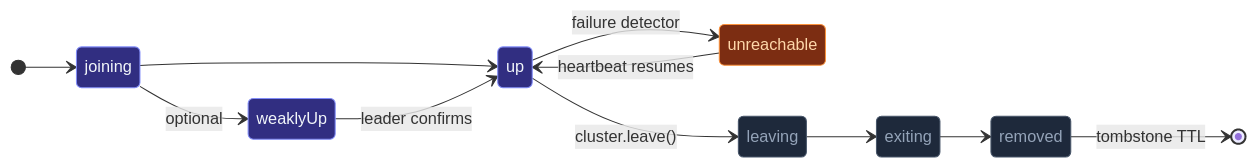
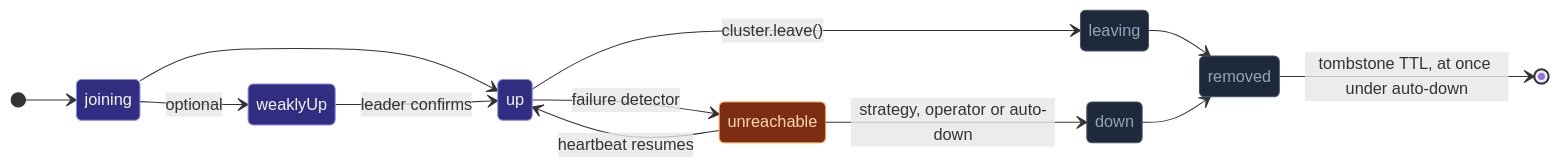
One commit to pathosDev/actor-ts changed the diagram in docs/src/content/docs/cluster/overview.mdx. Above: the diagram before and after it, drawn with Mermaid. The commit also changed other lines of this file and 5 other files, not shown here.

````diff
--- a/docs/src/content/docs/cluster/overview.mdx
+++ b/docs/src/content/docs/cluster/overview.mdx
@@ -151,20 +151,21 @@
 ```mermaid
 stateDiagram-v2
   direction LR
   [*] --> joining
   joining --> weaklyUp: optional
   joining --> up
   weaklyUp --> up: leader confirms
   up --> unreachable: failure detector
   unreachable --> up: heartbeat resumes
+  unreachable --> down: strategy, operator or auto-down
   up --> leaving: cluster.leave()
-  leaving --> exiting
-  exiting --> removed
-  removed --> [*]: tombstone TTL
+  leaving --> removed
+  down --> removed
+  removed --> [*]: tombstone TTL, at once under auto-down
   classDef happy   fill:#312e81,stroke:#818cf8,color:#f1f5f9;
   classDef warn    fill:#7c2d12,stroke:#fb923c,color:#fed7aa;
   classDef gone    fill:#1e293b,stroke:#475569,color:#94a3b8;
   class joining,weaklyUp,up happy
   class unreachable warn
-  class leaving,exiting,removed gone
+  class leaving,down,removed gone
 ```
````
